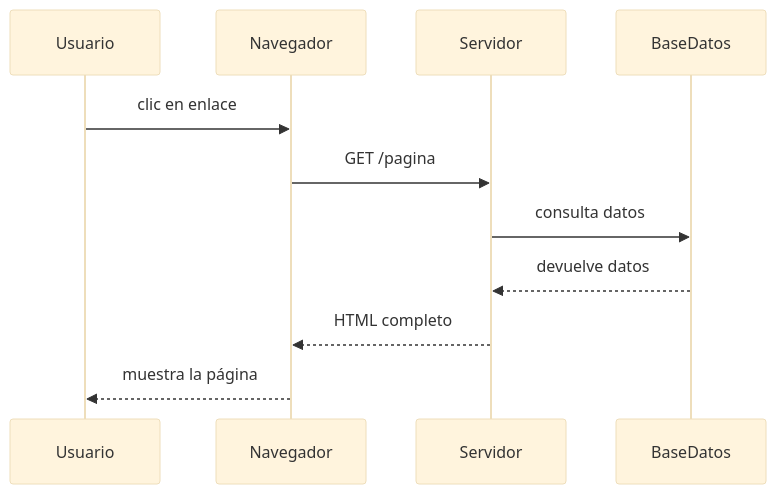
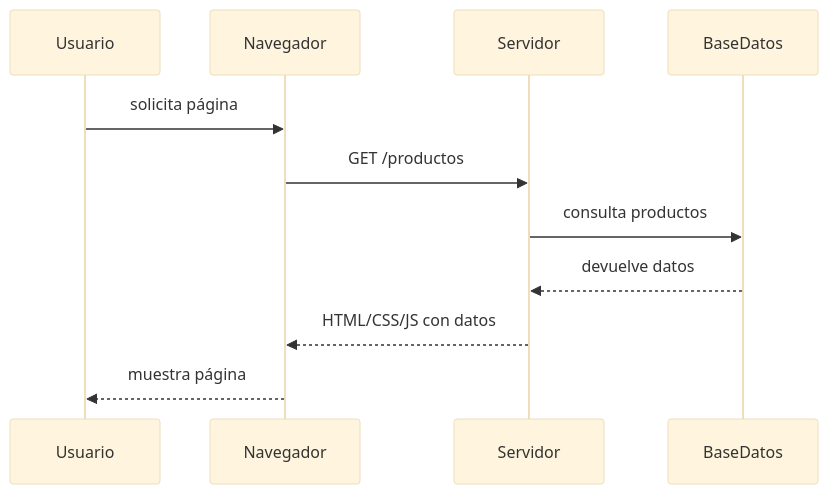
One commit to ATorresCode/dwes changed the third of 16 diagrams in docs/u01/propuesta-ampliada.md. Above: the diagram before and after it, drawn with Mermaid (base theme). The commit also changed other lines of this file and 3 other files, not shown here.

````diff
--- a/docs/u01/propuesta-ampliada.md
+++ b/docs/u01/propuesta-ampliada.md
@@ -141,14 +63,13 @@
 ```mermaid
 sequenceDiagram
   participant Usuario
   participant Navegador
   participant Servidor
   participant BaseDatos
-
-  Usuario->>Navegador: clic en enlace
-  Navegador->>Servidor: GET /pagina
-  Servidor->>BaseDatos: consulta datos
+  Usuario->>Navegador: solicita página
+  Navegador->>Servidor: GET /productos
+  Servidor->>BaseDatos: consulta productos
   BaseDatos-->>Servidor: devuelve datos
-  Servidor-->>Navegador: HTML completo
-  Navegador-->>Usuario: muestra la página
+  Servidor-->>Navegador: HTML/CSS/JS con datos
+  Navegador-->>Usuario: muestra página
 ```
````
